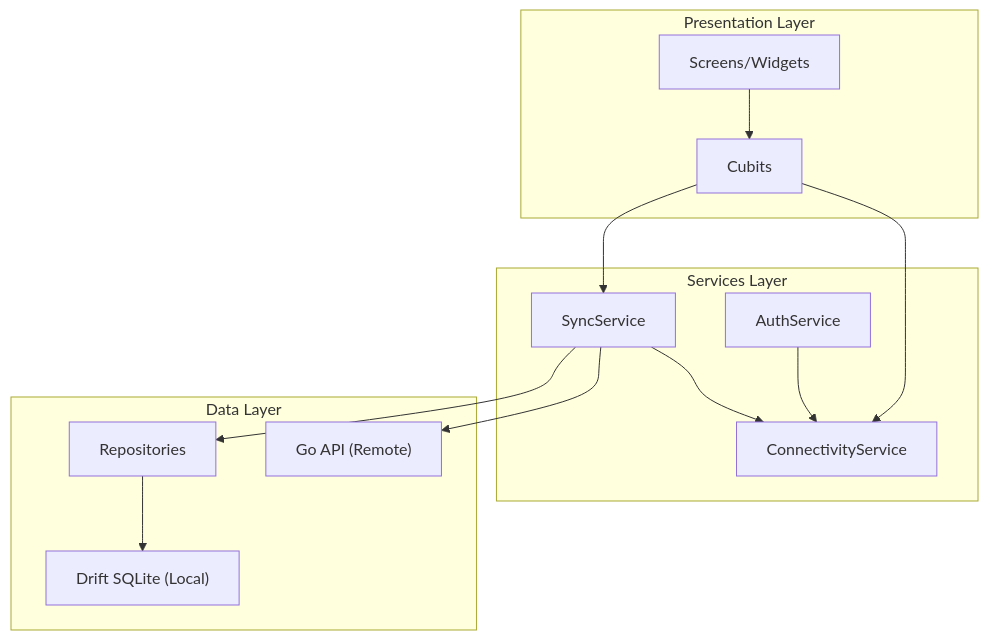
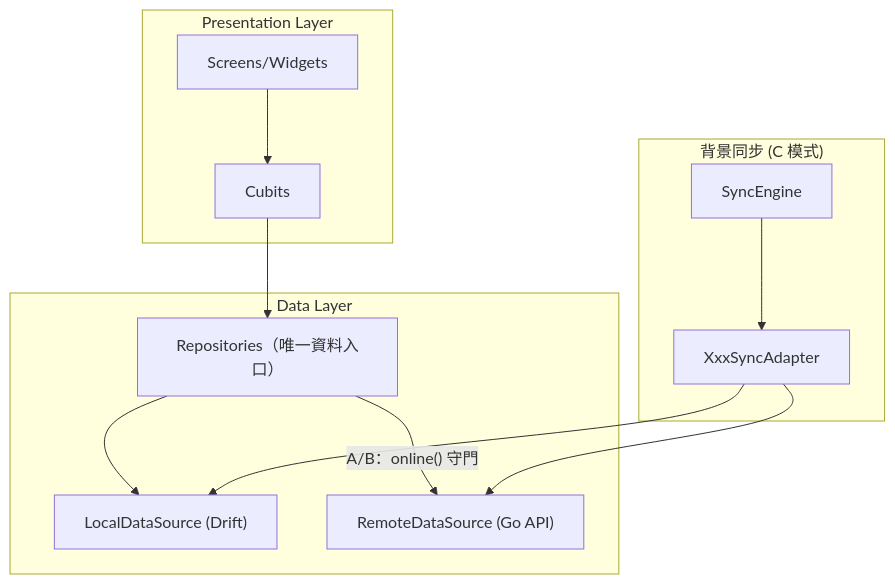
The first of 2 diagrams in docs/architecture/OFFLINE.md (dectecx/SummitMate), drawn with Mermaid before and after one commit. The commit also changed other lines of this file and 28 other files, not shown here.

````diff
--- a/docs/architecture/OFFLINE.md
+++ b/docs/architecture/OFFLINE.md
@@ -9,28 +11,26 @@
 ```mermaid
 flowchart TB
     subgraph Presentation["Presentation Layer"]
+        UI["Screens/Widgets"]
         C1["Cubits"]
-        UI["Screens/Widgets"]
-    end
-
-    subgraph Services["Services Layer"]
-        CS["ConnectivityService"]
-        AS["AuthService"]
-        SS["SyncService"]
     end
 
     subgraph Data["Data Layer"]
-        REPO["Repositories"]
-        DB["Drift SQLite (Local)"]
-        API["Go API (Remote)"]
+        REPO["Repositories（唯一資料入口）"]
+        LOCAL["LocalDataSource (Drift)"]
+        REMOTE["RemoteDataSource (Go API)"]
+    end
+
+    subgraph Sync["背景同步 (C 模式)"]
+        ENGINE["SyncEngine"]
+        ADAPT["XxxSyncAdapter"]
     end
 
     UI --> C1
-    C1 --> CS
-    C1 --> SS
-    AS --> CS
-    SS --> CS
-    SS --> REPO
-    REPO --> DB
-    SS --> API
+    C1 --> REPO
+    REPO --> LOCAL
+    REPO -->|"A/B：online() 守門"| REMOTE
+    ENGINE --> ADAPT
+    ADAPT --> LOCAL
+    ADAPT --> REMOTE
 ```
````
